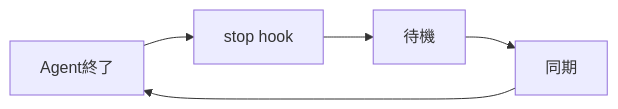
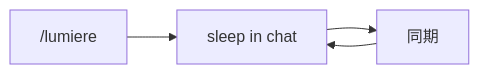
The second of 2 diagrams in CLAUDE.md (ac-nakamura-y/activecore), drawn with Mermaid before and after one commit. The commit also changed other lines of this file and 2 other files, not shown here.

First line of the commit message:
Run Lumiere sleep loop inside the agent chat instead of stop hook.

````diff
--- a/CLAUDE.md
+++ b/CLAUDE.md
@@ -96,7 +102,6 @@
 ```mermaid
 flowchart LR
-  agentStop[Agent終了] --> stopHook[stop hook]
-  stopHook --> sleep[待機]
-  sleep --> tick[同期]
-  tick --> agentStop
+  enable["/lumiere"] --> sleep["sleep in chat"]
+  sleep --> sync[同期]
+  sync --> sleep
 ```
````
